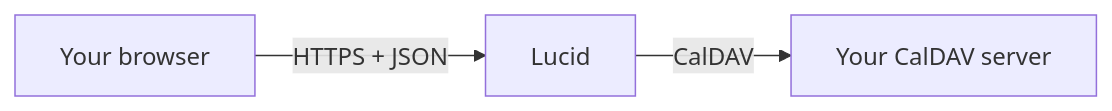
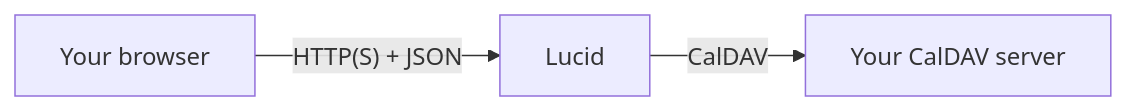
One commit to tbckr/lucid changed the diagram in README.md. Above: the diagram before and after it, drawn with Mermaid. The commit also changed other lines of this file and 4 other files, not shown here.

````diff
--- a/README.md
+++ b/README.md
@@ -106,5 +107,5 @@
 ```mermaid
 flowchart LR
-    browser["Your browser"] -- "HTTPS + JSON" --> lucid["Lucid"]
+    browser["Your browser"] -- "HTTP(S) + JSON" --> lucid["Lucid"]
     lucid -- "CalDAV" --> server["Your CalDAV server"]
 ```
````
